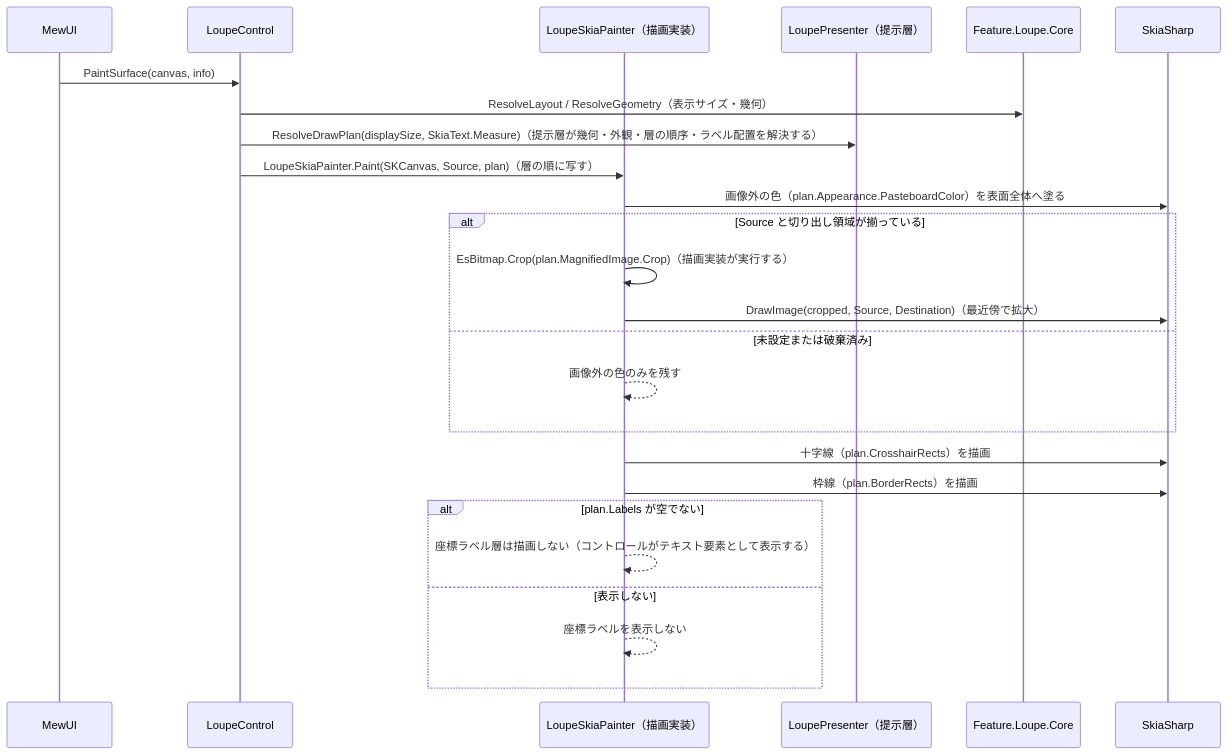
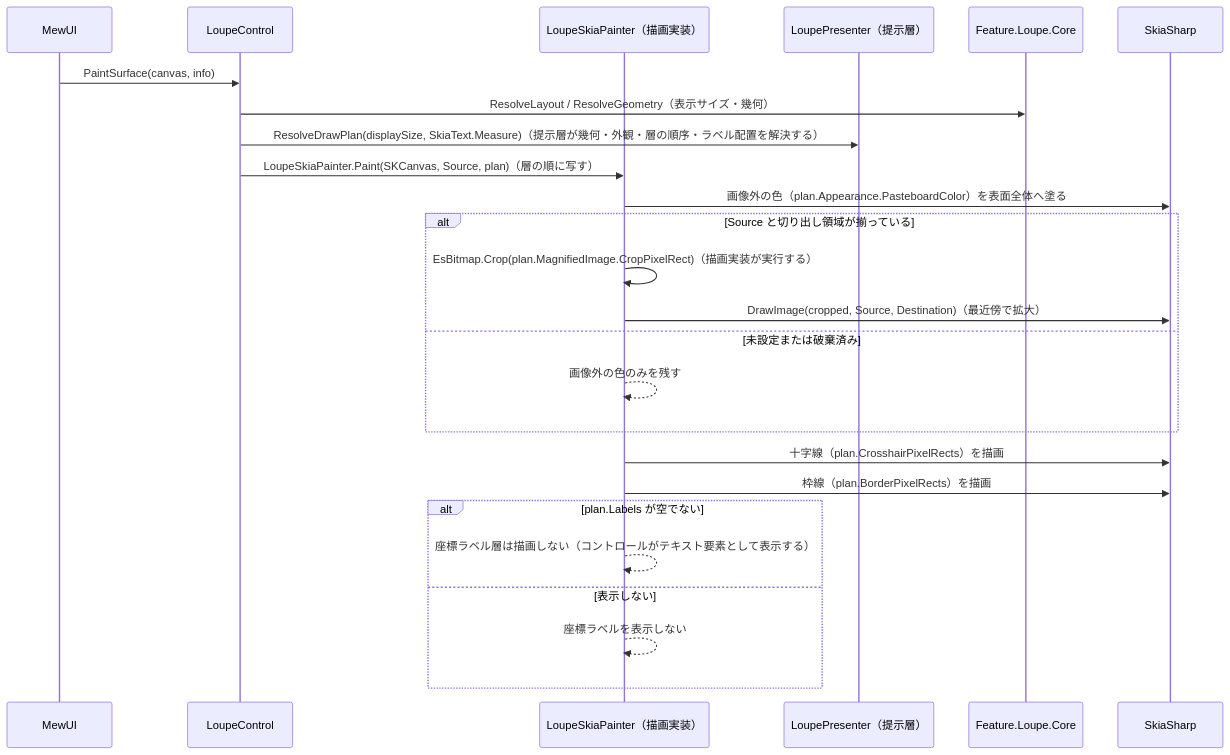
The second of 2 diagrams in src/LoupeControl.MewUI/SPEC_System.md (tomokuni/SaveEvidence), drawn with Mermaid before and after one commit. The commit also changed other lines of this file and 20 other files, not shown here.

````diff
--- a/src/LoupeControl.MewUI/SPEC_System.md
+++ b/src/LoupeControl.MewUI/SPEC_System.md
@@ -186,28 +186,28 @@
 ```mermaid
 sequenceDiagram
     participant MW as MewUI
     participant LC as LoupeControl
     participant R as LoupeSkiaPainter（描画実装）
     participant P as LoupePresenter（提示層）
     participant C as Feature.Loupe.Core
     participant SK as SkiaSharp
 
     MW->>LC: PaintSurface(canvas, info)
     LC->>C: ResolveLayout / ResolveGeometry（表示サイズ・幾何）
     LC->>P: ResolveDrawPlan(displaySize, SkiaText.Measure)（提示層が幾何・外観・層の順序・ラベル配置を解決する）
     LC->>R: LoupeSkiaPainter.Paint(SKCanvas, Source, plan)（層の順に写す）
     R->>SK: 画像外の色（plan.Appearance.PasteboardColor）を表面全体へ塗る
     alt Source と切り出し領域が揃っている
-        R->>R: EsBitmap.Crop(plan.MagnifiedImage.Crop)（描画実装が実行する）
+        R->>R: EsBitmap.Crop(plan.MagnifiedImage.CropPixelRect)（描画実装が実行する）
         R->>SK: DrawImage(cropped, Source, Destination)（最近傍で拡大）
     else 未設定または破棄済み
         R-->>R: 画像外の色のみを残す
     end
-    R->>SK: 十字線（plan.CrosshairRects）を描画
-    R->>SK: 枠線（plan.BorderRects）を描画
+    R->>SK: 十字線（plan.CrosshairPixelRects）を描画
+    R->>SK: 枠線（plan.BorderPixelRects）を描画
     alt plan.Labels が空でない
         R-->>R: 座標ラベル層は描画しない（コントロールがテキスト要素として表示する）
     else 表示しない
         R-->>R: 座標ラベルを表示しない
     end
 ```
````
